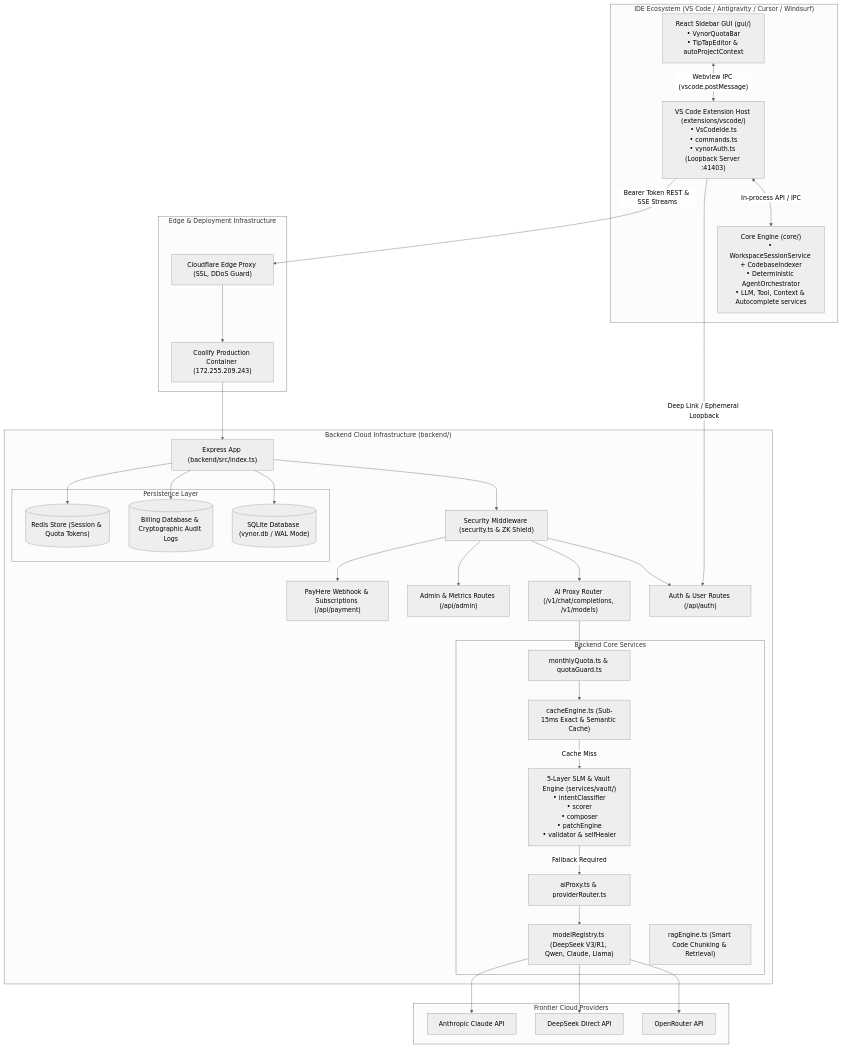
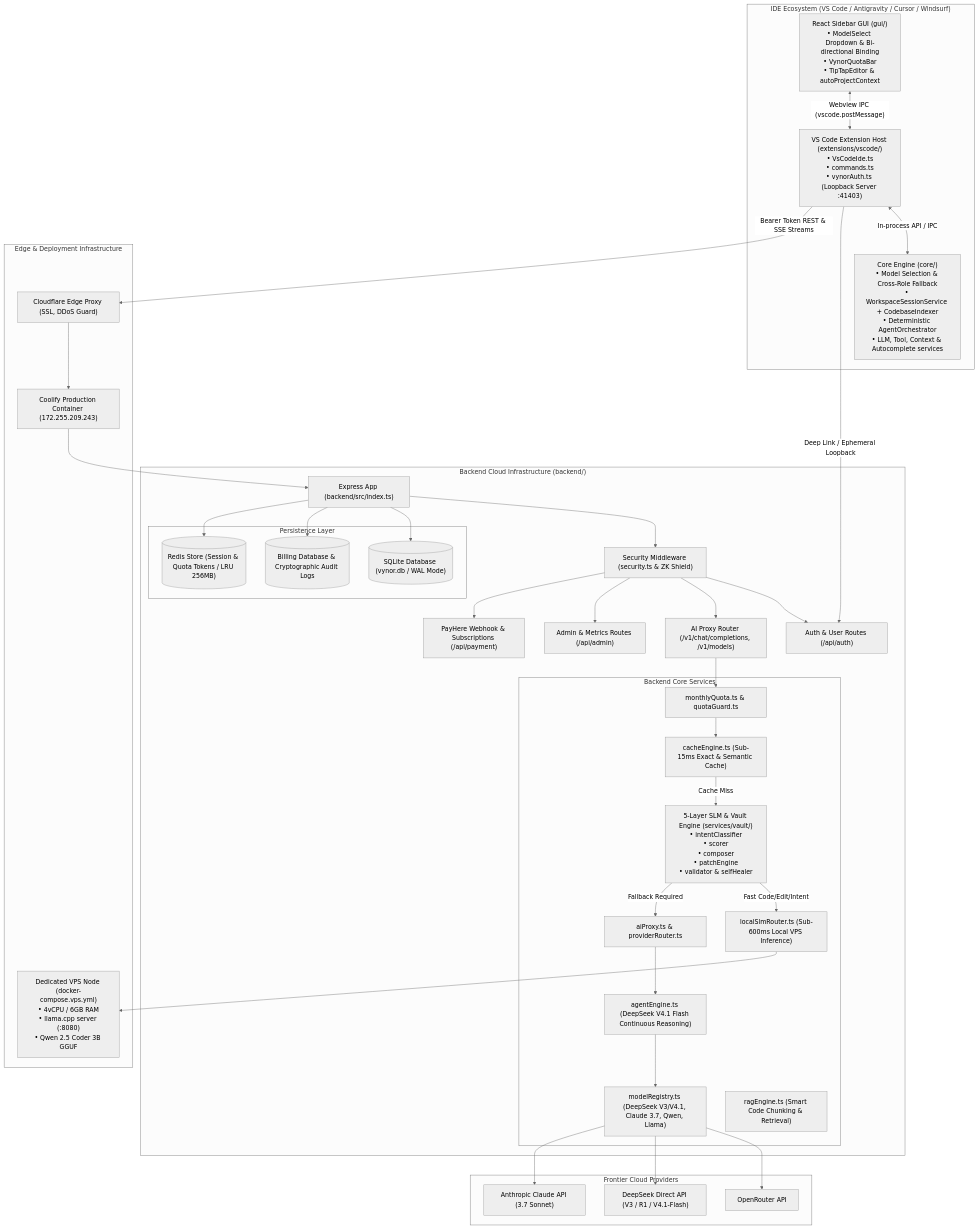
One commit to madu025/vynorai changed the first of 2 diagrams in CODEMAP.md. Above: the diagram before and after it, drawn with Mermaid (neutral theme). The commit also changed other lines of this file, not shown here.

Commit message:
docs: update CODEMAP with VPS Local SLM router, docker configs and model selection subsystem

````diff
--- a/CODEMAP.md
+++ b/CODEMAP.md
@@ -11,58 +11,63 @@
 ```mermaid
 graph TB
     subgraph IDELayer ["IDE Ecosystem (VS Code / Antigravity / Cursor / Windsurf)"]
-        GUI["React Sidebar GUI (gui/)<br/>• VynorQuotaBar<br/>• TipTapEditor & autoProjectContext"]
+        GUI["React Sidebar GUI (gui/)<br/>• ModelSelect Dropdown & Bi-directional Binding<br/>• VynorQuotaBar<br/>• TipTapEditor & autoProjectContext"]
         ExtHost["VS Code Extension Host (extensions/vscode/)<br/>• VsCodeIde.ts<br/>• commands.ts<br/>• vynorAuth.ts (Loopback Server :41403)"]
-        CoreEngine["Core Engine (core/)<br/>• WorkspaceSessionService + CodebaseIndexer<br/>• Deterministic AgentOrchestrator<br/>• LLM, Tool, Context & Autocomplete services"]
+        CoreEngine["Core Engine (core/)<br/>• Model Selection & Cross-Role Fallback<br/>• WorkspaceSessionService + CodebaseIndexer<br/>• Deterministic AgentOrchestrator<br/>• LLM, Tool, Context & Autocomplete services"]
     end
 
     subgraph EdgeLayer ["Edge & Deployment Infrastructure"]
         Cloudflare["Cloudflare Edge Proxy (SSL, DDoS Guard)"]
         Coolify["Coolify Production Container (172.255.209.243)"]
+        VPSHost["Dedicated VPS Node (docker-compose.vps.yml)<br/>• 4vCPU / 6GB RAM<br/>• llama.cpp server (:8080)<br/>• Qwen 2.5 Coder 3B GGUF"]
     end
 
     subgraph BackendLayer ["Backend Cloud Infrastructure (backend/)"]
         Server["Express App (backend/src/index.ts)"]
         SecurityMW["Security Middleware (security.ts & ZK Shield)"]
         AuthRoute["Auth & User Routes (/api/auth)"]
         ProxyRoute["AI Proxy Router (/v1/chat/completions, /v1/models)"]
         AdminRoute["Admin & Metrics Routes (/api/admin)"]
         PaymentRoute["PayHere Webhook & Subscriptions (/api/payment)"]
 
         subgraph Services ["Backend Core Services"]
             AIProxy["aiProxy.ts & providerRouter.ts"]
+            LocalSLMRouter["localSlmRouter.ts (Sub-600ms Local VPS Inference)"]
             DeterministicSLM["5-Layer SLM & Vault Engine (services/vault/)<br/>• intentClassifier<br/>• scorer<br/>• composer<br/>• patchEngine<br/>• validator & selfHealer"]
+            AgentEngine["agentEngine.ts (DeepSeek V4.1 Flash Continuous Reasoning)"]
             QuotaEngine["monthlyQuota.ts & quotaGuard.ts"]
             CacheService["cacheEngine.ts (Sub-15ms Exact & Semantic Cache)"]
-            ModelReg["modelRegistry.ts (DeepSeek V3/R1, Qwen, Claude, Llama)"]
+            ModelReg["modelRegistry.ts (DeepSeek V3/V4.1, Claude 3.7, Qwen, Llama)"]
             RAG["ragEngine.ts (Smart Code Chunking & Retrieval)"]
         end
 
         subgraph Persistence ["Persistence Layer"]
             SQLiteDB[("SQLite Database (vynor.db / WAL Mode)")]
             BillingDB[("Billing Database & Cryptographic Audit Logs")]
-            RedisDB[("Redis Store (Session & Quota Tokens)")]
+            RedisDB[("Redis Store (Session & Quota Tokens / LRU 256MB)")]
         end
     end
 
     subgraph FrontierLLMs ["Frontier Cloud Providers"]
         OpenRouter["OpenRouter API"]
-        DeepSeek["DeepSeek Direct API"]
-        Anthropic["Anthropic Claude API"]
+        DeepSeek["DeepSeek Direct API (V3 / R1 / V4.1-Flash)"]
+        Anthropic["Anthropic Claude API (3.7 Sonnet)"]
     end
 
     GUI <-->|"Webview IPC (vscode.postMessage)"| ExtHost
     ExtHost <-->|"In-process API / IPC"| CoreEngine
     ExtHost -->|"Deep Link / Ephemeral Loopback"| AuthRoute
     ExtHost -->|"Bearer Token REST & SSE Streams"| Cloudflare
     Cloudflare --> Coolify
     Coolify --> Server
     Server --> SecurityMW
     SecurityMW --> AuthRoute & ProxyRoute & AdminRoute & PaymentRoute
     ProxyRoute --> QuotaEngine
     QuotaEngine --> CacheService
     CacheService -- Cache Miss --> DeterministicSLM
+    DeterministicSLM -- Fast Code/Edit/Intent --> LocalSLMRouter
+    LocalSLMRouter --> VPSHost
     DeterministicSLM -- Fallback Required --> AIProxy
-    AIProxy --> ModelReg --> OpenRouter & DeepSeek & Anthropic
+    AIProxy --> AgentEngine --> ModelReg --> OpenRouter & DeepSeek & Anthropic
     Server --> SQLiteDB & BillingDB & RedisDB
 ```
````
